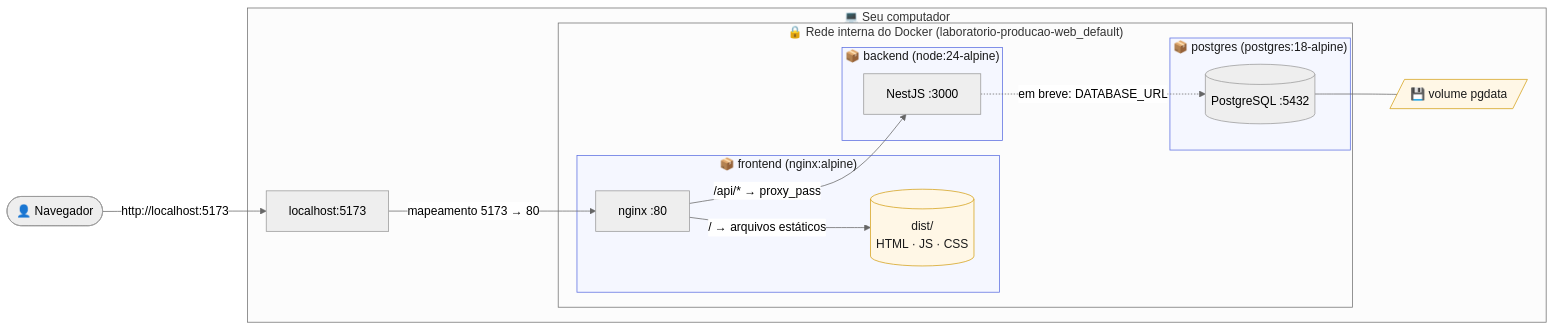
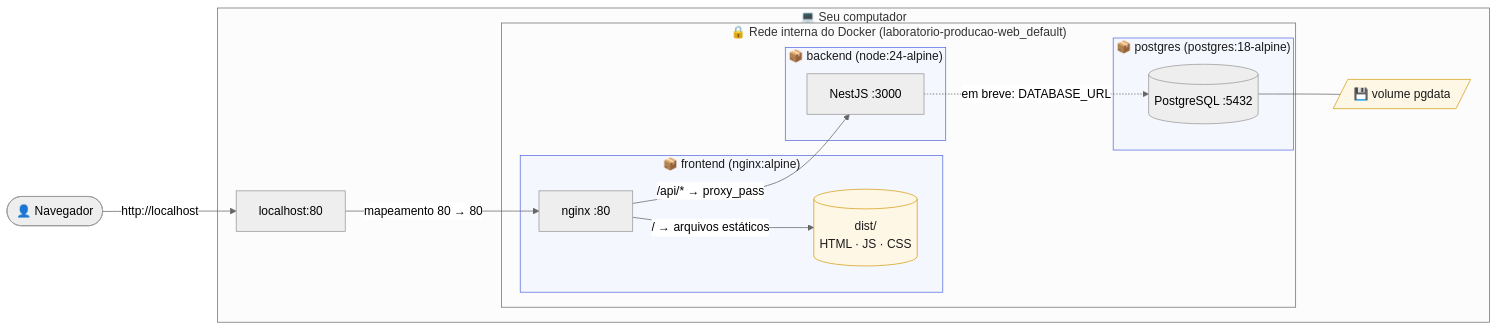
The first of 7 diagrams in README.md (ThiagoMarzari/laboratorio-producao-web), drawn with Mermaid (neutral theme) before and after one commit. The commit also changed other lines of this file and 11 other files, not shown here.

````diff
--- a/README.md
+++ b/README.md
@@ -60,37 +60,37 @@
 ```mermaid
 flowchart LR
     user(["👤 Navegador"])
 
     subgraph host["💻 Seu computador"]
-        port["localhost:5173"]
+        port["localhost:80"]
 
         subgraph net["🔒 Rede interna do Docker (laboratorio-producao-web_default)"]
             subgraph fe["📦 frontend (nginx:alpine)"]
                 nginx["nginx :80"]
                 static[("dist/<br/>HTML · JS · CSS")]
             end
 
             subgraph be["📦 backend (node:24-alpine)"]
                 nest["NestJS :3000"]
             end
 
             subgraph db["📦 postgres (postgres:18-alpine)"]
                 pg[("PostgreSQL :5432")]
             end
         end
 
         vol[/"💾 volume pgdata"/]
     end
 
-    user -->|"http://localhost:5173"| port
-    port -->|"mapeamento 5173 → 80"| nginx
+    user -->|"http://localhost"| port
+    port -->|"mapeamento 80 → 80"| nginx
     nginx -->|"/  → arquivos estáticos"| static
     nginx -->|"/api/*  → proxy_pass"| nest
     nest -.->|"em breve: DATABASE_URL"| pg
     pg --- vol
 
     classDef container fill:#f5f7ff,stroke:#5b6ee1,stroke-width:1px,color:#1a1a1a
     classDef storage fill:#fff7e6,stroke:#d4a017,color:#1a1a1a
     class fe,be,db container
     class vol,static storage
 ```
````
